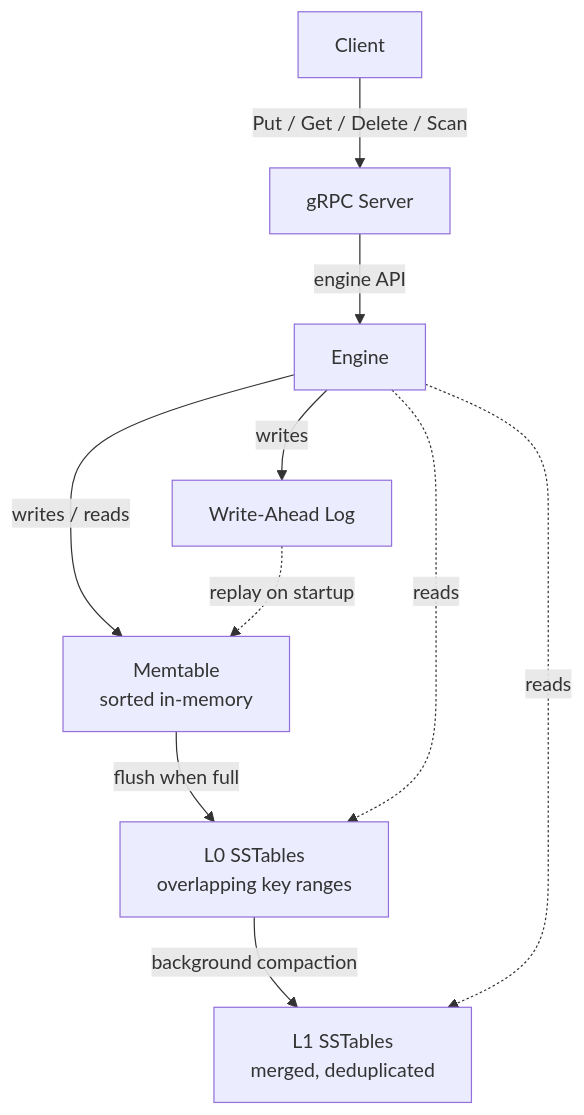
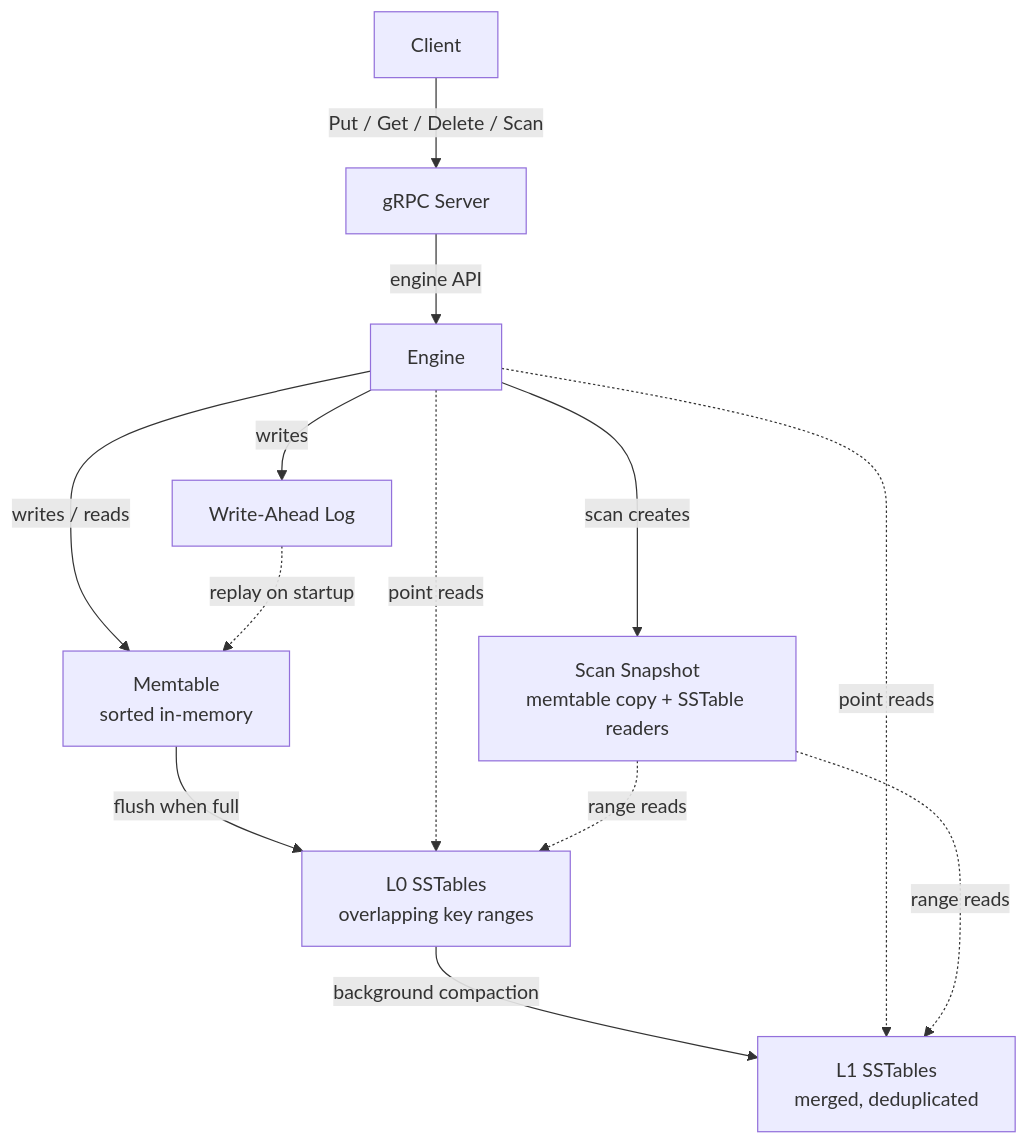
Before and after one commit to IsaacCheng9/kv-engine: the diagram in README.md, drawn with Mermaid. The commit also changed other lines of this file, not shown here.

First line of the commit message:
fix: Add performance numbers, `Scan` snapshot, and streaming rationale to README (#40)

````diff
--- a/README.md
+++ b/README.md
@@ -43,12 +56,15 @@
 ```mermaid
 flowchart TD
     client[Client] -->|Put / Get / Delete / Scan| grpc[gRPC Server]
     grpc -->|engine API| engine[Engine]
     engine -->|writes| wal[Write-Ahead Log]
     engine -->|writes / reads| memtable[Memtable<br/>sorted in-memory]
+    engine -->|scan creates| snapshot[Scan Snapshot<br/>memtable copy + SSTable readers]
     memtable -->|flush when full| l0[L0 SSTables<br/>overlapping key ranges]
     l0 -->|background compaction| l1[L1 SSTables<br/>merged, deduplicated]
-    engine -.reads.-> l0
-    engine -.reads.-> l1
+    engine -.point reads.-> l0
+    engine -.point reads.-> l1
+    snapshot -.range reads.-> l0
+    snapshot -.range reads.-> l1
     wal -.replay on startup.-> memtable
 ```
````
